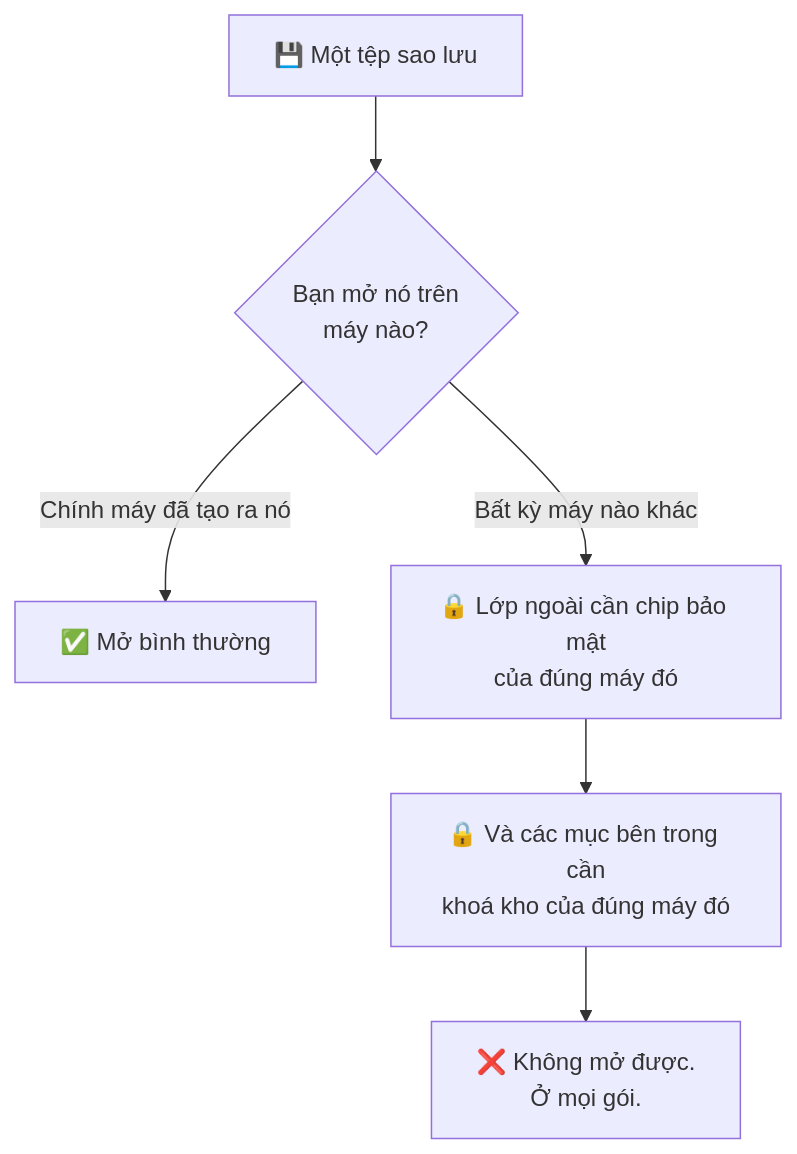
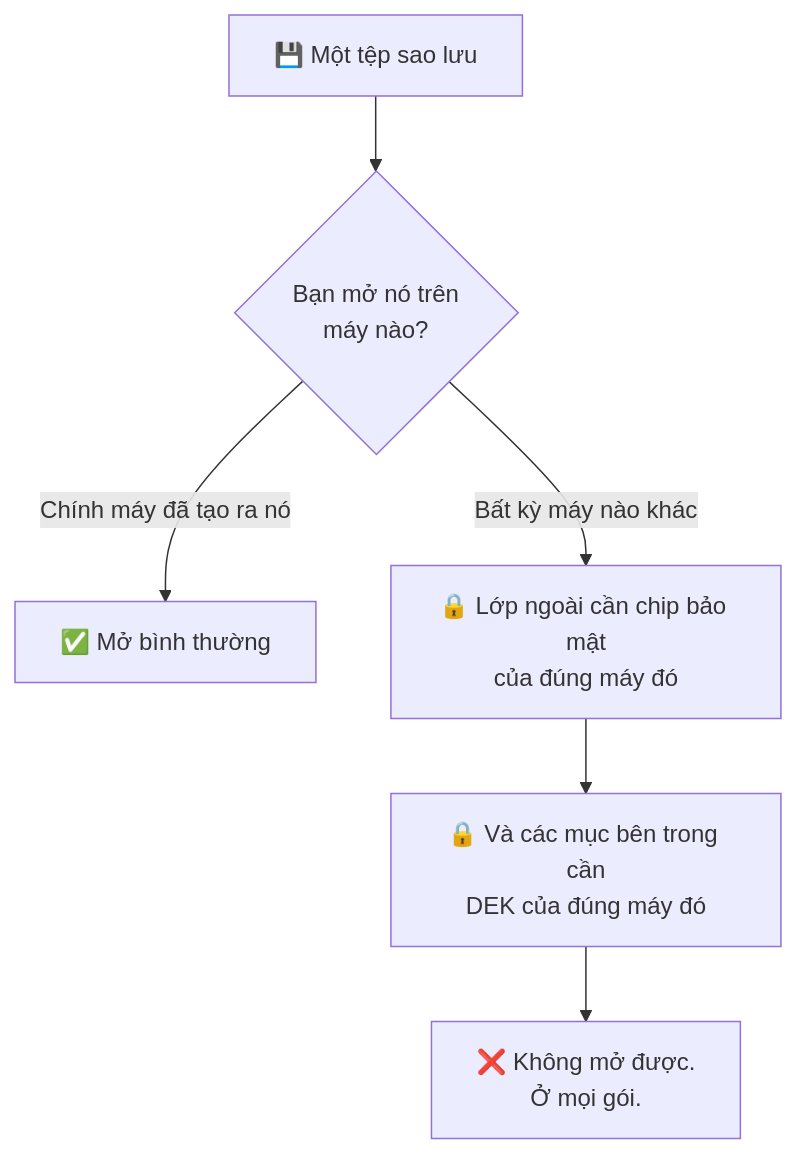
The second of 3 diagrams in i18n/vi/docusaurus-plugin-content-docs/current/backups.md (TuPhung369/passwordepic-website), drawn with Mermaid before and after one commit. The commit also changed other lines of this file and 22 other files, not shown here.

````diff
--- a/i18n/vi/docusaurus-plugin-content-docs/current/backups.md
+++ b/i18n/vi/docusaurus-plugin-content-docs/current/backups.md
@@ -57,8 +56,8 @@
 ```mermaid
 flowchart TD
   A["💾 Một tệp sao lưu"] --> B{"Bạn mở nó trên<br/>máy nào?"}
   B -->|"Chính máy đã tạo ra nó"| C["✅ Mở bình thường"]
   B -->|"Bất kỳ máy nào khác"| D["🔒 Lớp ngoài cần chip bảo mật<br/>của đúng máy đó"]
-  D --> E["🔒 Và các mục bên trong cần<br/>khoá kho của đúng máy đó"]
+  D --> E["🔒 Và các mục bên trong cần<br/>DEK của đúng máy đó"]
   E --> F["❌ Không mở được.<br/>Ở mọi gói."]
 ```
````
